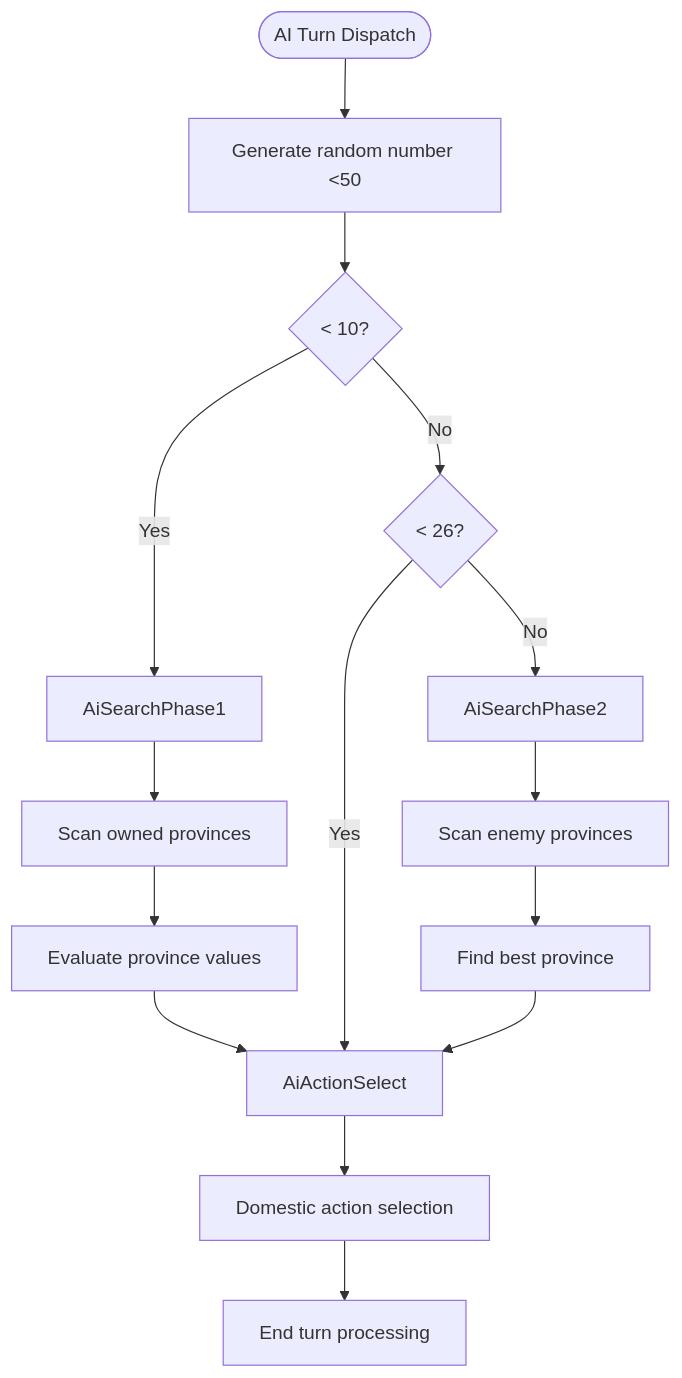
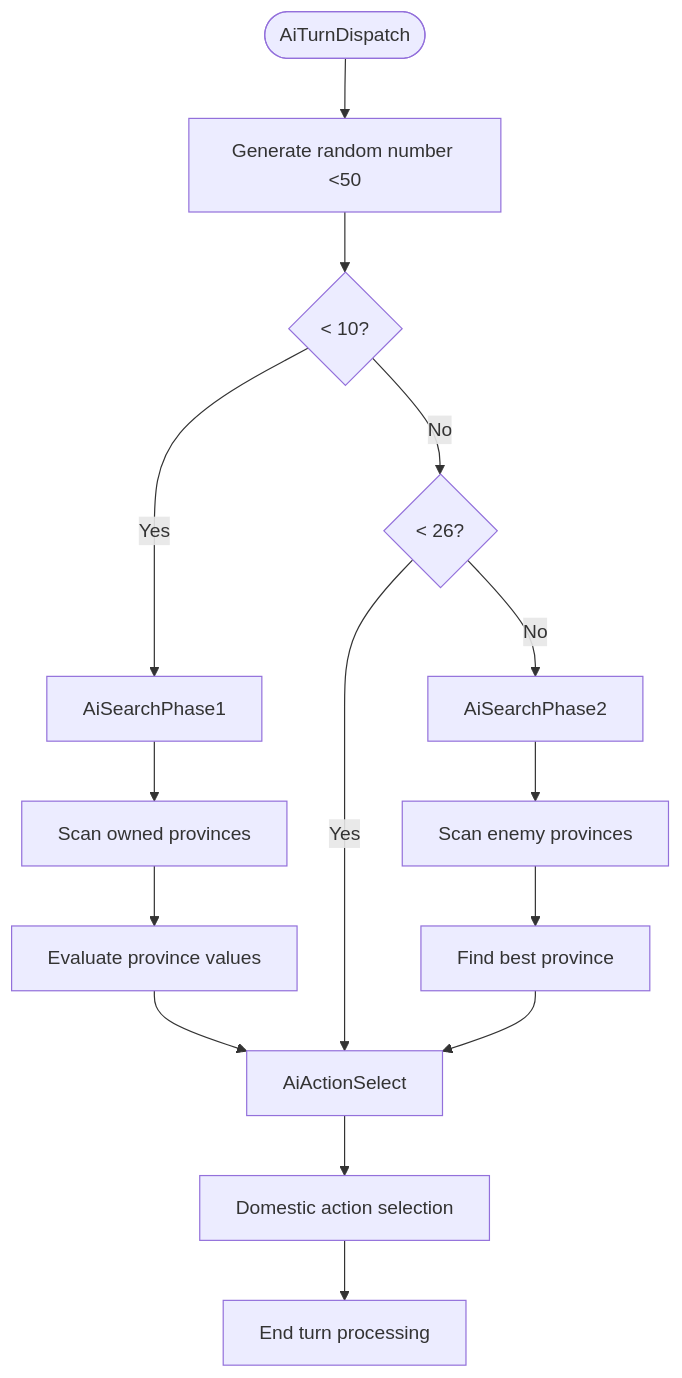
One commit to rabbyzero/sango2dasm changed diagram 12 of 18 in .qoder/repowiki/en/content/Build System and Tools/Build System and Tools.md. Above: the diagram before and after it, drawn with Mermaid. The commit also changed other lines of this file and 7 other files, not shown here.

````diff
--- a/.qoder/repowiki/en/content/Build System and Tools/Build System and Tools.md
+++ b/.qoder/repowiki/en/content/Build System and Tools/Build System and Tools.md
@@ -1240,17 +1245,17 @@
 ```mermaid
 flowchart TD
-Start(["AI Turn Dispatch"]) --> CheckRandom["Generate random number <50"]
+Start(["AiTurnDispatch"]) --> CheckRandom["Generate random number <50"]
 CheckRandom --> Branch1{"< 10?"}
 Branch1 --> |Yes| SearchPhase1["AiSearchPhase1"]
 Branch1 --> |No| Branch2{"< 26?"}
 Branch2 --> |Yes| ActionSelect["AiActionSelect"]
 Branch2 --> |No| SearchPhase2["AiSearchPhase2"]
 SearchPhase1 --> ProvinceScan["Scan owned provinces"]
 SearchPhase2 --> EnemyScan["Scan enemy provinces"]
 ActionSelect --> DomesticAction["Domestic action selection"]
 ProvinceScan --> EvaluateProvinces["Evaluate province values"]
 EnemyScan --> FindBestProvince["Find best province"]
 EvaluateProvinces --> ActionSelect
 FindBestProvince --> ActionSelect
 DomesticAction --> EndTurn["End turn processing"]
 ```
````
